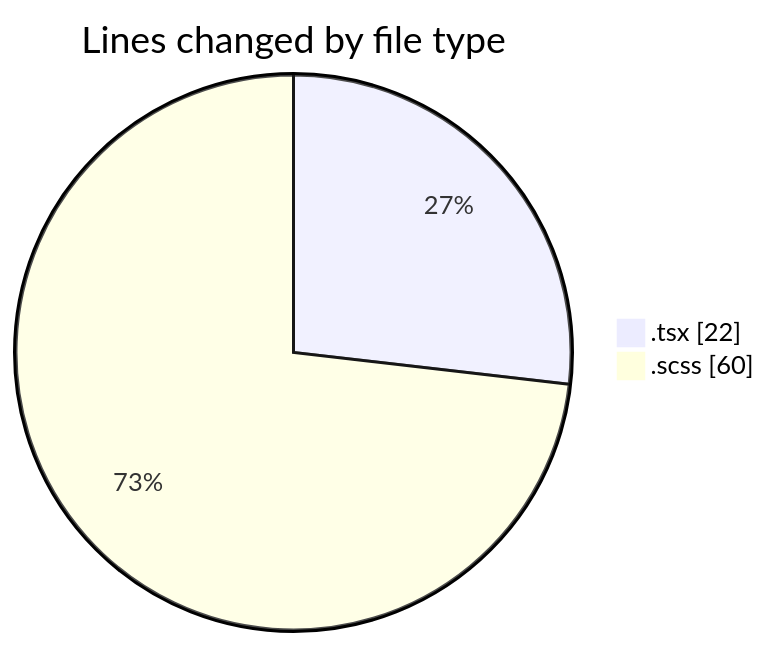
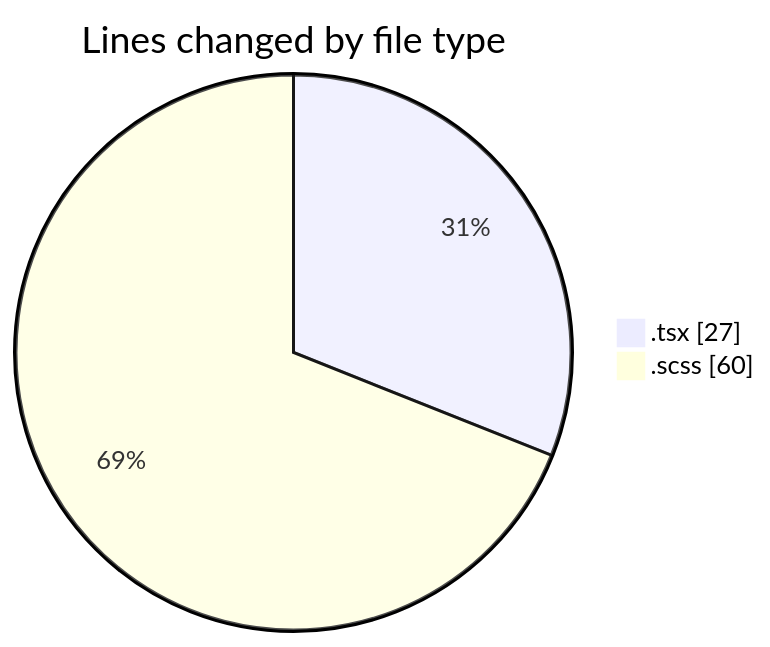
The first of 2 diagrams in 2025-12-09/cda/README.md (momahboobian/code-tracking), drawn with Mermaid before and after one commit. The commit also changed other lines of this file and 1 other file, not shown here.

````diff
--- a/2025-12-09/cda/README.md
+++ b/2025-12-09/cda/README.md
@@ -21,6 +21,6 @@
 ```mermaid
 pie showData
 title Lines changed by file type
-".tsx" : 22
+".tsx" : 27
 ".scss" : 60
 ```
````
